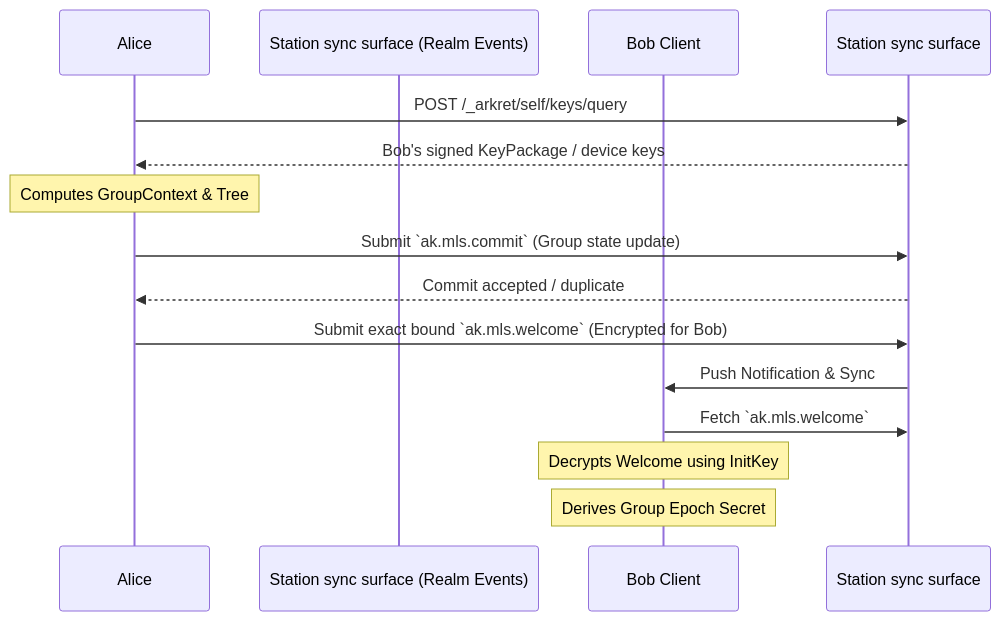
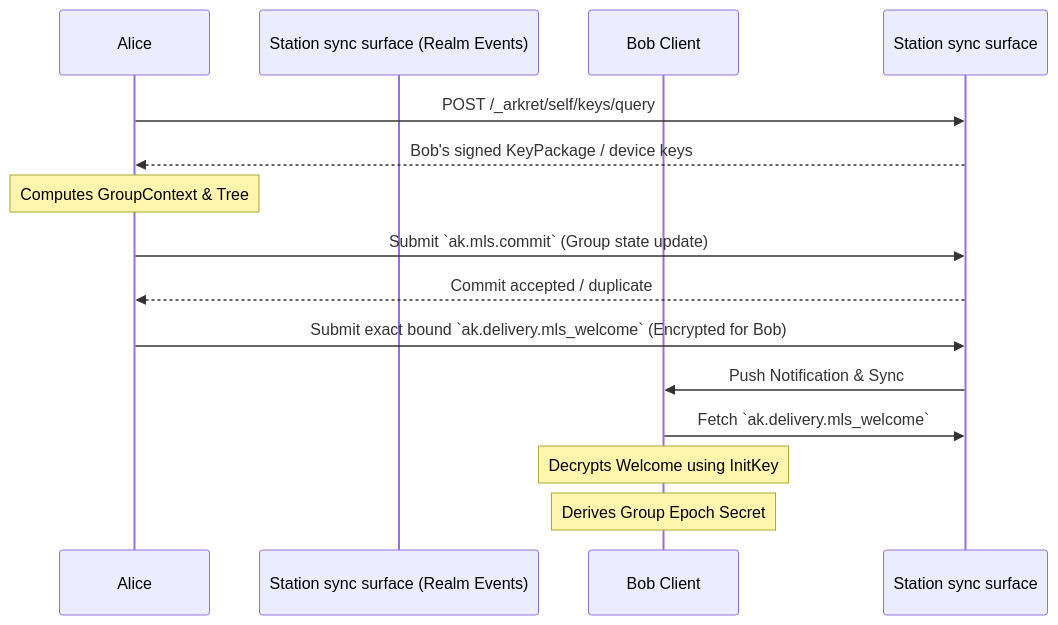
One commit to arkret-org/arkret-spec changed the diagram in spec/v1/zh/crypto-media/encryption-and-audit.md. Above: the diagram before and after it, drawn with Mermaid. The commit also changed other lines of this file and 240 other files, not shown here.

````diff
--- a/spec/v1/zh/crypto-media/encryption-and-audit.md
+++ b/spec/v1/zh/crypto-media/encryption-and-audit.md
@@ -37,21 +37,21 @@
 ```mermaid
 sequenceDiagram
     participant Alice
     participant Station sync surface (Realm Events)
     participant BobClient as Bob Client
 
     Alice->>Station sync surface: POST /_arkret/self/keys/query
     Station sync surface-->>Alice: Bob's signed KeyPackage / device keys
 
     note over Alice: Computes GroupContext & Tree
 
     Alice->>Station sync surface: Submit `ak.mls.commit` (Group state update)
     Station sync surface-->>Alice: Commit accepted / duplicate
-    Alice->>Station sync surface: Submit exact bound `ak.mls.welcome` (Encrypted for Bob)
+    Alice->>Station sync surface: Submit exact bound `ak.delivery.mls_welcome` (Encrypted for Bob)
 
     Station sync surface->>BobClient: Push Notification & Sync
 
-    BobClient->>Station sync surface: Fetch `ak.mls.welcome`
+    BobClient->>Station sync surface: Fetch `ak.delivery.mls_welcome`
     note over BobClient: Decrypts Welcome using InitKey
     note over BobClient: Derives Group Epoch Secret
 ```
````
